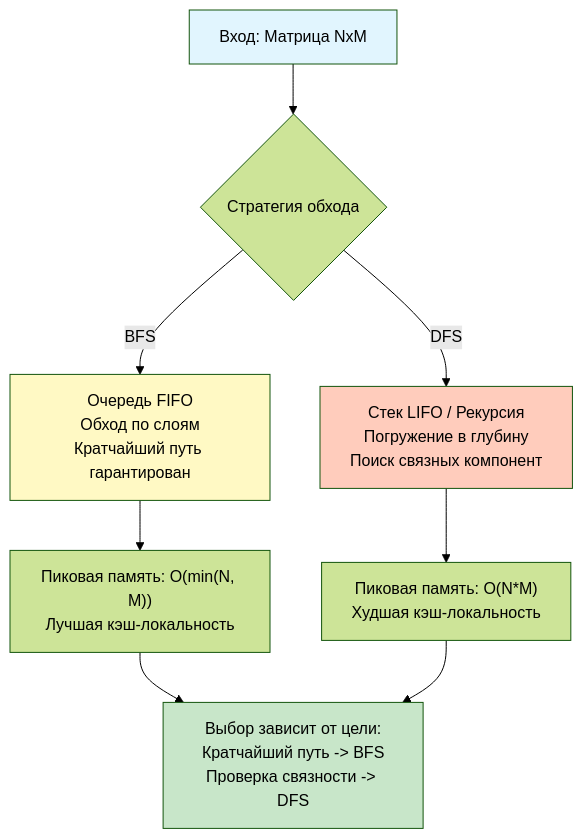
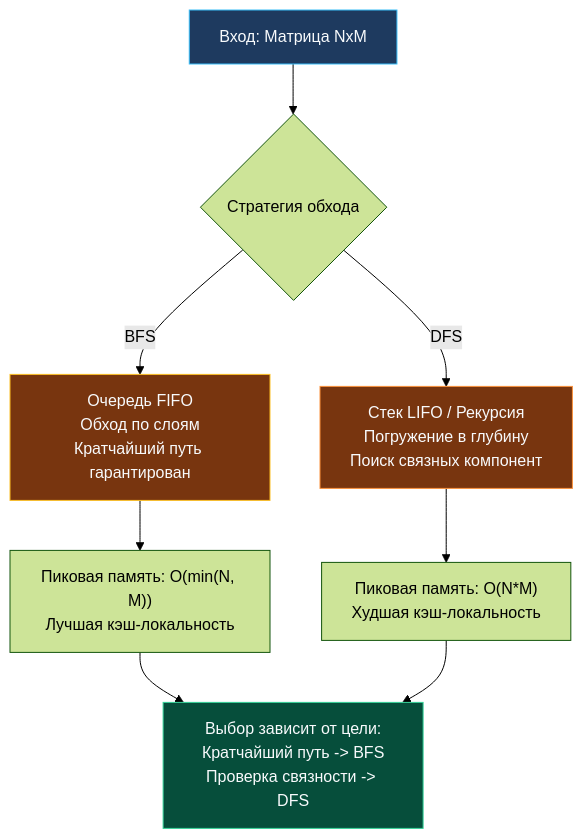
One commit to UnrealTemplier/go-textbook changed the diagram in sources/21. Задачи с LeetCode и собеседований на Go/02. Задачи/24. Матрицы и grid задачи/2. DFS и BFS на матрицах.md. Above: the diagram before and after it, drawn with Mermaid (forest theme). The commit also changed 310 other files, not shown here.

First line of the commit message:
fix(mermaid): replace light fill colors with dark palette for readability on dark theme

````diff
--- a/sources/21. Задачи с LeetCode и собеседований на Go/02. Задачи/24. Матрицы и grid задачи/2. DFS и BFS на матрицах.md
+++ b/sources/21. Задачи с LeetCode и собеседований на Go/02. Задачи/24. Матрицы и grid задачи/2. DFS и BFS на матрицах.md
@@ -126,18 +126,18 @@
 ```mermaid
 flowchart TD
     Start["Вход: Матрица NxM"] --> Choice{"Стратегия обхода"}
     
     Choice -- "BFS" --> Queue["Очередь FIFO<br>Обход по слоям<br>Кратчайший путь гарантирован"]
     Queue --> MemoryB["Пиковая память: O(min(N, M))<br>Лучшая кэш-локальность"]
     
     Choice -- "DFS" --> Stack["Стек LIFO / Рекурсия<br>Погружение в глубину<br>Поиск связных компонент"]
     Stack --> MemoryD["Пиковая память: O(N*M)<br>Худшая кэш-локальность"]
     
     MemoryB --> End["Выбор зависит от цели:<br>Кратчайший путь -> BFS<br>Проверка связности -> DFS"]
     MemoryD --> End
 
-    style Start fill:#e1f5fe
-    style End fill:#c8e6c9
-    style Queue fill:#fff9c4
-    style Stack fill:#ffccbc
+    style Start fill:#1e3a5f,stroke:#38bdf8,color:#f8fafc
+    style End fill:#064e3b,stroke:#34d399,color:#f8fafc
+    style Queue fill:#78350f,stroke:#fbbf24,color:#f8fafc
+    style Stack fill:#78350f,stroke:#fb923c,color:#f8fafc
 ```
````
